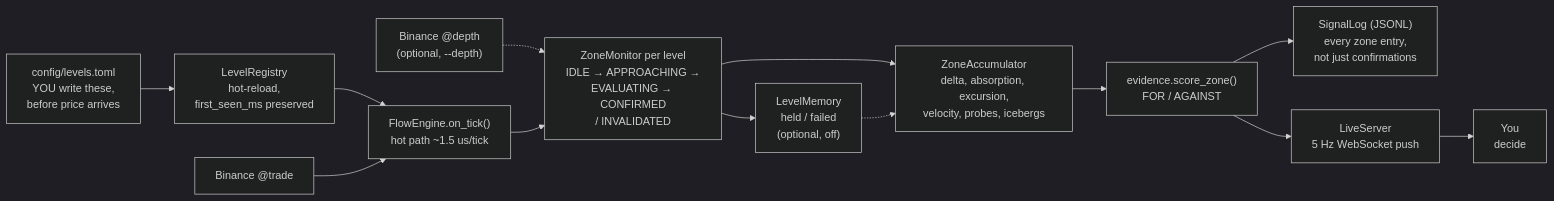
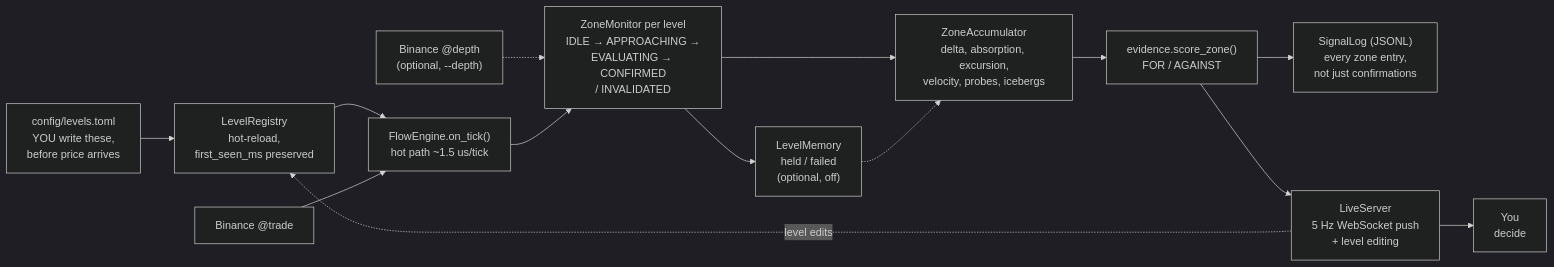
One commit to Prince-Pal1/algo-trading changed the second of 9 diagrams in README.md. Above: the diagram before and after it, drawn with Mermaid (dark theme). The commit also changed other lines of this file and 9 other files, not shown here.

First line of the commit message:
flow: add and edit levels from the page, not just the file

````diff
--- a/README.md
+++ b/README.md
@@ -234,24 +238,25 @@
 ```mermaid
 graph LR
     LEVELS["config/levels.toml<br/>YOU write these,<br/>before price arrives"]
     REG["LevelRegistry<br/>hot-reload,<br/>first_seen_ms preserved"]
     TRADES["Binance @trade"]
     BOOK["Binance @depth<br/>(optional, --depth)"]
     ENG["FlowEngine.on_tick()<br/>hot path ~1.5 us/tick"]
     ZM["ZoneMonitor per level<br/>IDLE → APPROACHING →<br/>EVALUATING → CONFIRMED<br/>/ INVALIDATED"]
     ACC["ZoneAccumulator<br/>delta, absorption, excursion,<br/>velocity, probes, icebergs"]
     MEM["LevelMemory<br/>held / failed<br/>(optional, off)"]
     SCORE["evidence.score_zone()<br/>FOR / AGAINST"]
     LOG["SignalLog (JSONL)<br/>every zone entry,<br/>not just confirmations"]
-    UI["LiveServer<br/>5 Hz WebSocket push"]
+    UI["LiveServer<br/>5 Hz WebSocket push<br/>+ level editing"]
     HUMAN["You<br/>decide"]
 
     LEVELS --> REG --> ENG
+    UI -."level edits".-> REG
     TRADES --> ENG
     BOOK -.-> ZM
     ENG --> ZM --> ACC --> SCORE
     MEM -.-> ACC
     ZM --> MEM
     SCORE --> LOG
     SCORE --> UI --> HUMAN
 ```
````
